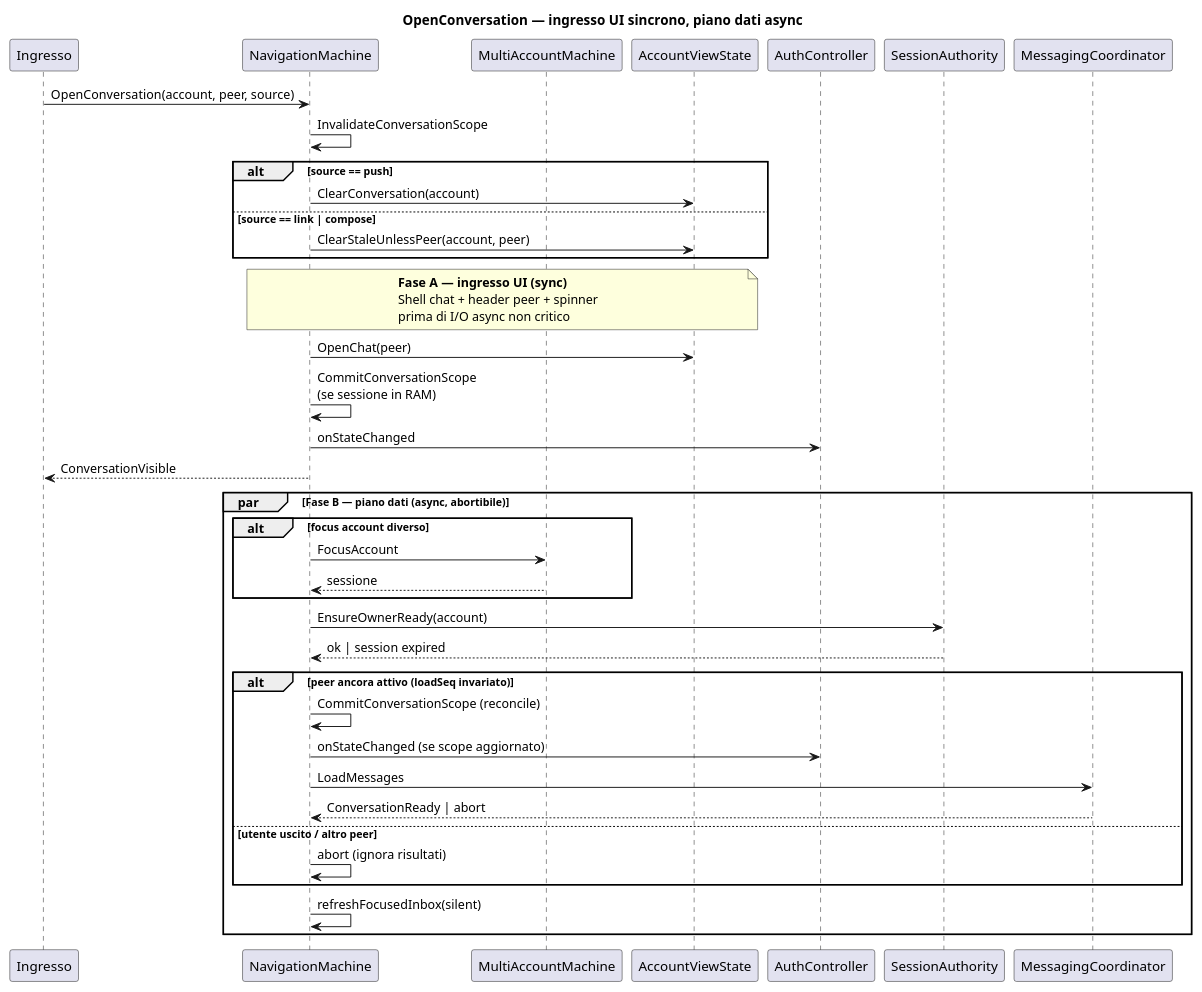
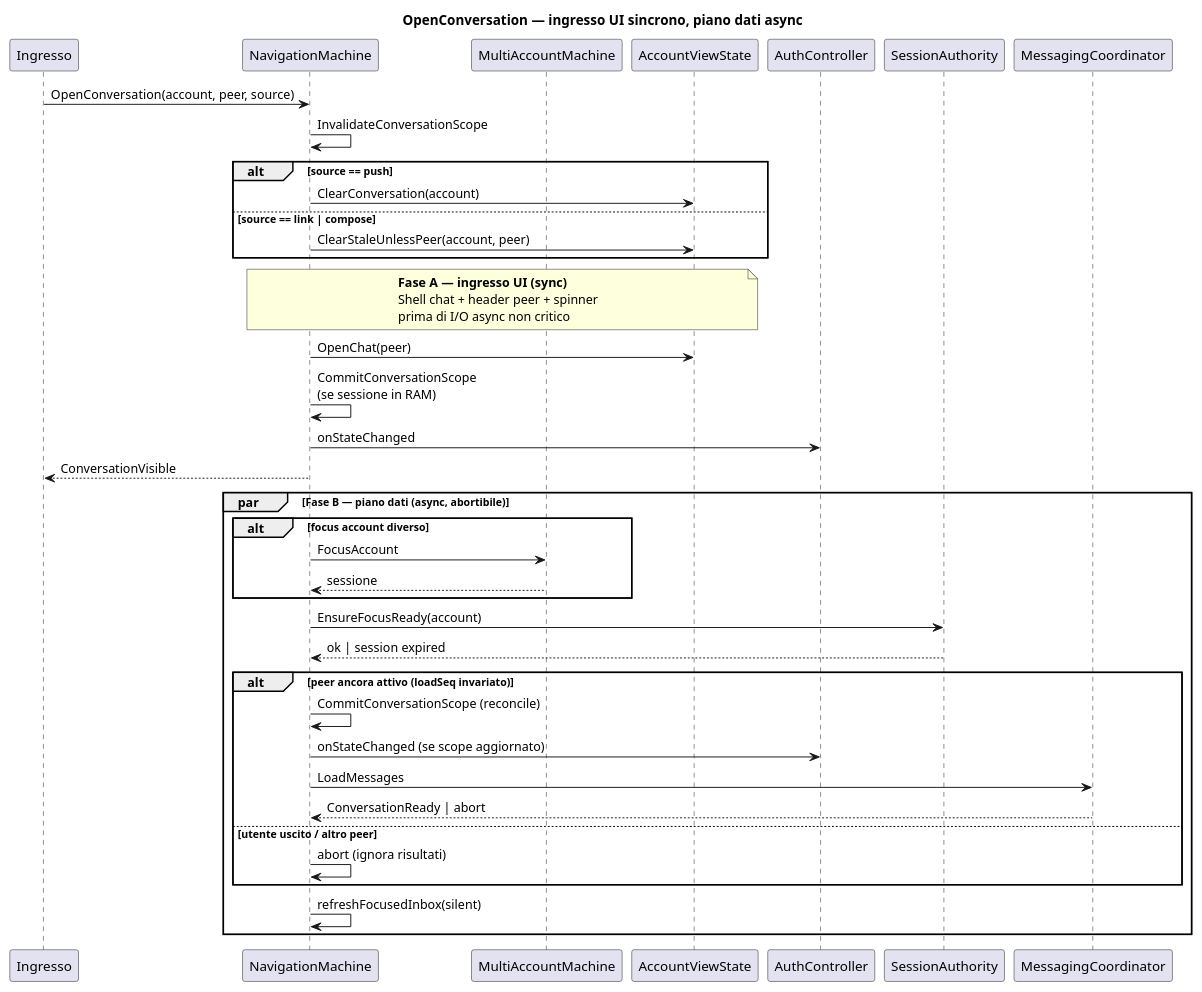
The diagram in docs/model/uml/navigation/seq-open-conversation-unified.puml (alfred-im/alfred-im), drawn with PlantUML before and after one commit. The commit also changed 200 other files, not shown here.

```diff
--- a/docs/model/uml/navigation/seq-open-conversation-unified.puml
+++ b/docs/model/uml/navigation/seq-open-conversation-unified.puml
@@ -1,53 +1,53 @@
 @startuml seq-open-conversation-unified
 ' Context: navigation
 ' Profile: client
 ' Revision: 2026-08-01
 
 title OpenConversation — ingresso UI sincrono, piano dati async
 
 participant "Ingresso" as In
 participant "NavigationMachine" as Nav
 participant "MultiAccountMachine" as MAM
 participant "AccountViewState" as VS
 participant "AuthController" as Auth
 participant "SessionAuthority" as SA
 participant "MessagingCoordinator" as Msg
 
 In -> Nav : OpenConversation(account, peer, source)
 Nav -> Nav : InvalidateConversationScope
 alt source == push
   Nav -> VS : ClearConversation(account)
 else source == link | compose
   Nav -> VS : ClearStaleUnlessPeer(account, peer)
 end
 
 note over Nav, VS
   **Fase A — ingresso UI (sync)**
   Shell chat + header peer + spinner
   prima di I/O async non critico
 end note
 
 Nav -> VS : OpenChat(peer)
 Nav -> Nav : CommitConversationScope\n(se sessione in RAM)
 Nav -> Auth : onStateChanged
 Nav --> In : ConversationVisible
 
 par Fase B — piano dati (async, abortibile)
   alt focus account diverso
     Nav -> MAM : FocusAccount
     MAM --> Nav : sessione
   end
-  Nav -> SA : EnsureOwnerReady(account)
+  Nav -> SA : EnsureFocusReady(account)
   SA --> Nav : ok | session expired
   alt peer ancora attivo (loadSeq invariato)
     Nav -> Nav : CommitConversationScope (reconcile)
     Nav -> Auth : onStateChanged (se scope aggiornato)
     Nav -> Msg : LoadMessages
     Msg --> Nav : ConversationReady | abort
   else utente uscito / altro peer
     Nav -> Nav : abort (ignora risultati)
   end
   Nav -> Nav : refreshFocusedInbox(silent)
 end
 
 @enduml
```
